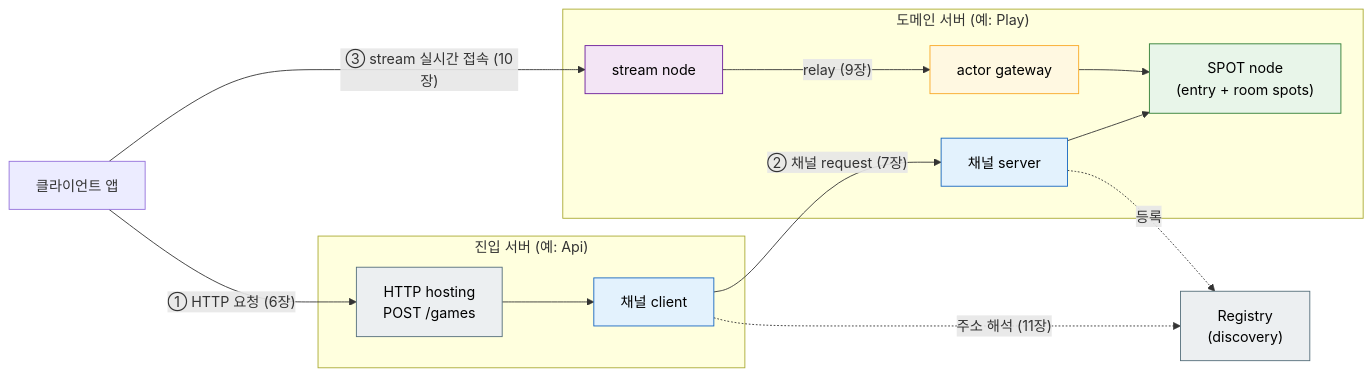
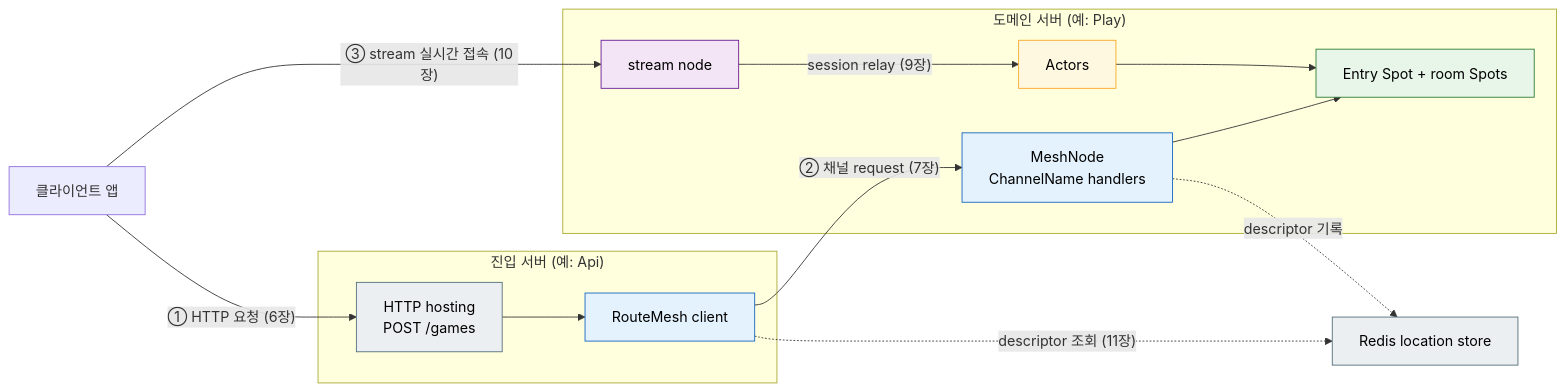
Before and after one commit to kairos-code-dev/zlink: the second of 2 diagrams in framework/doc/framework/cpp/guide/01-overview.ko.md, drawn with Mermaid. The commit also changed other lines of this file and 93 other files, not shown here.

Commit message:
docs(framework): align RouteMesh 10.0 contracts and scenarios

````diff
--- a/framework/doc/framework/cpp/guide/01-overview.ko.md
+++ b/framework/doc/framework/cpp/guide/01-overview.ko.md
@@ -331,30 +310,30 @@
 ```mermaid
 flowchart LR
     Client["클라이언트 앱"]
     subgraph Api["진입 서버 (예: Api)"]
         HTTP["HTTP hosting<br/>POST /games"]:::infra
-        ApiC["채널 client"]:::channel
+        ApiC["RouteMesh client"]:::channel
     end
     subgraph Core["도메인 서버 (예: Play)"]
-        CoreS["채널 server"]:::channel
-        SpotN["SPOT node<br/>(entry + room spots)"]:::spot
+        CoreS["MeshNode<br/>ChannelName handlers"]:::channel
+        SpotN["Entry Spot + room Spots"]:::spot
         StreamN["stream node"]:::stream
-        ActorG["actor gateway"]:::actor
+        Actors["Actors"]:::actor
     end
-    Registry["Registry<br/>(discovery)"]:::infra
+    Store["Redis location store"]:::infra
 
     Client -- "① HTTP 요청 (6장)" --> HTTP
     HTTP --> ApiC
     ApiC -- "② 채널 request (7장)" --> CoreS
     CoreS --> SpotN
     Client -- "③ stream 실시간 접속 (10장)" --> StreamN
-    StreamN -- "relay (9장)" --> ActorG --> SpotN
-    ApiC -.->|"주소 해석 (11장)"| Registry
-    CoreS -.->|등록| Registry
+    StreamN -- "session relay (9장)" --> Actors --> SpotN
+    ApiC -.->|"descriptor 조회 (11장)"| Store
+    CoreS -.->|"descriptor 기록"| Store
 
     classDef channel fill:#e3f2fd,stroke:#1565c0,color:#000000
     classDef spot fill:#e8f5e9,stroke:#2e7d32,color:#000000
     classDef actor fill:#fff8e1,stroke:#f9a825,color:#000000
     classDef stream fill:#f3e5f5,stroke:#6a1b9a,color:#000000
     classDef infra fill:#eceff1,stroke:#546e7a,color:#000000
 ```
````
